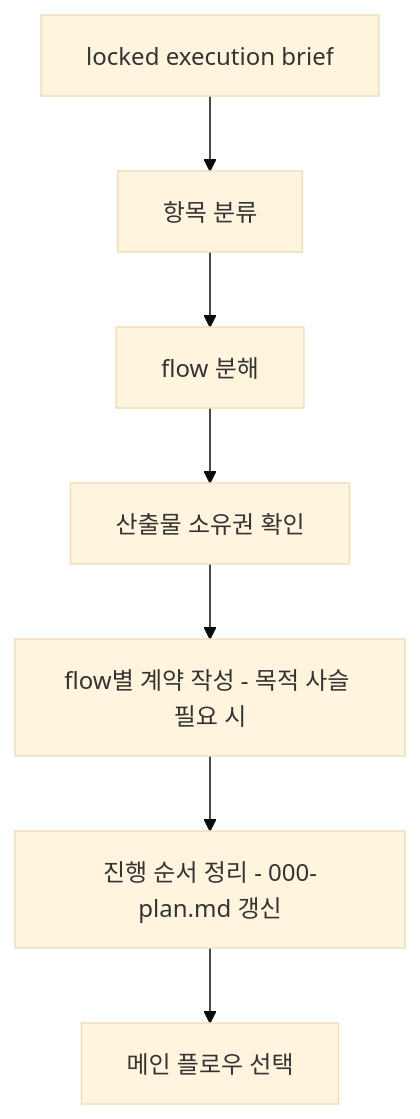
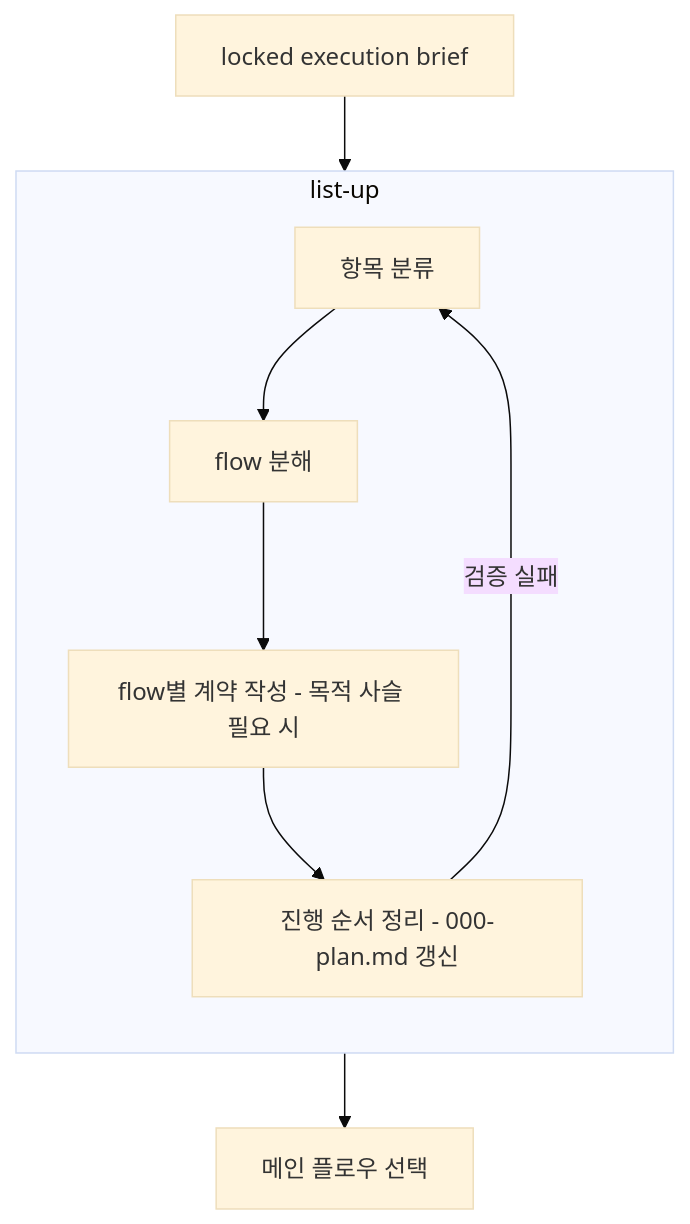
One commit to opnay/agent-plugins changed the third of 5 diagrams in src/loop-kit-dev/specs/skills/flow/intent.md. Above: the diagram before and after it, drawn with Mermaid (base theme). The commit also changed other lines of this file, not shown here.

First line of the commit message:
docs: refine flow intent diagrams

````diff
--- a/src/loop-kit-dev/specs/skills/flow/intent.md
+++ b/src/loop-kit-dev/specs/skills/flow/intent.md
@@ -30,9 +49,14 @@
 ```mermaid
 graph TD
-  BRIEF[locked execution brief] --> CLASSIFY[항목 분류]
-  CLASSIFY --> DECOMPOSE[flow 분해]
-  DECOMPOSE --> OWNERSHIP[산출물 소유권 확인]
-  OWNERSHIP --> CONTRACT[flow별 계약 작성 - 목적 사슬 필요 시]
-  CONTRACT --> ORDER[진행 순서 정리 - 000-plan.md 갱신]
-  ORDER --> MAIN[메인 플로우 선택]
+  BRIEF[locked execution brief] --> LIST_UP
+
+  subgraph LIST_UP[list-up]
+    direction TB
+    CLASSIFY[항목 분류] --> DECOMPOSE[flow 분해]
+    DECOMPOSE --> CONTRACT[flow별 계약 작성 - 목적 사슬 필요 시]
+    CONTRACT --> ORDER[진행 순서 정리 - 000-plan.md 갱신]
+    ORDER -->|검증 실패| CLASSIFY
+  end
+
+  LIST_UP --> MAIN[메인 플로우 선택]
 ```
````
